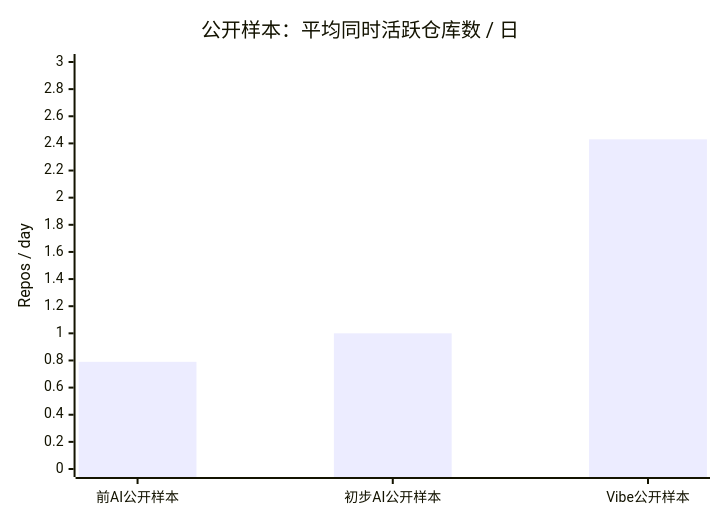
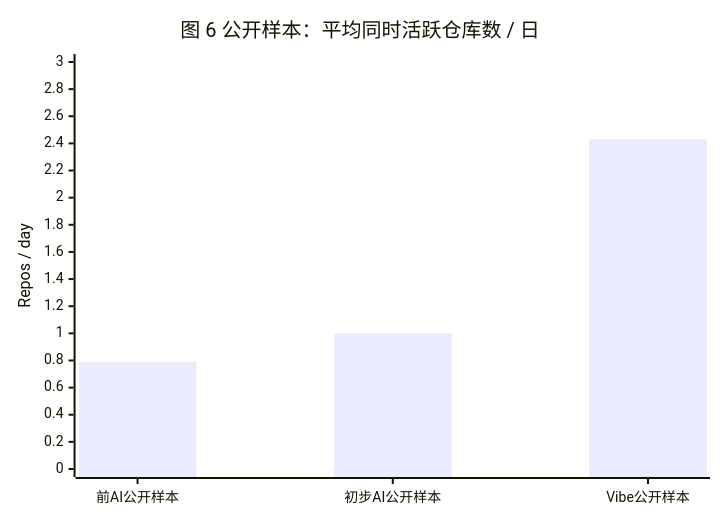
One commit to HansBug/HansBug.github.io changed the tenth of 10 diagrams in src/content/blog/llm/from-trench-to-command-desk-ai-writing-coding-productivity.md. Above: the diagram before and after it, drawn with Mermaid. The commit also changed other lines of this file, not shown here.

````diff
--- a/src/content/blog/llm/from-trench-to-command-desk-ai-writing-coding-productivity.md
+++ b/src/content/blog/llm/from-trench-to-command-desk-ai-writing-coding-productivity.md
@@ -365,7 +406,7 @@
 ```mermaid
 xychart-beta
-    title "公开样本：平均同时活跃仓库数 / 日"
+    title "图 6 公开样本：平均同时活跃仓库数 / 日"
     x-axis ["前AI公开样本", "初步AI公开样本", "Vibe公开样本"]
     y-axis "Repos / day" 0 --> 3
     bar [0.79, 1.0, 2.43]
 ```
````
